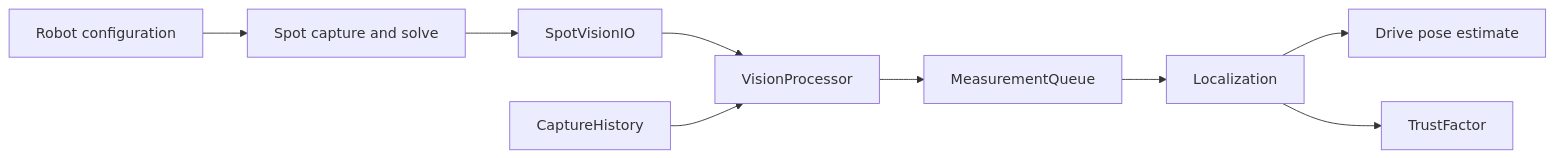
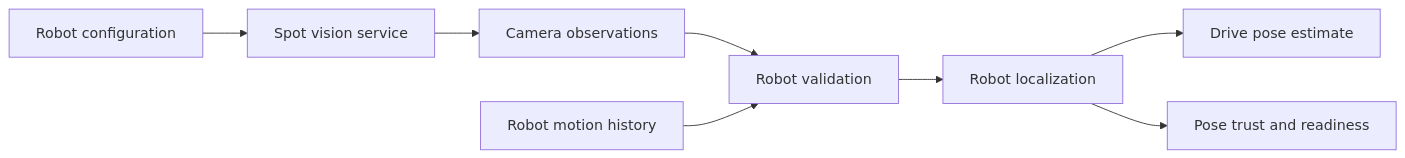
Before and after one commit to team581/offseason-2026: the diagram in docs/spot-robot-integration.md, drawn with Mermaid. The commit also changed other lines of this file and 94 other files, not shown here.

````diff
--- a/docs/spot-robot-integration.md
+++ b/docs/spot-robot-integration.md
@@ -10,11 +7,10 @@
 ```mermaid
 flowchart LR
-  Config[Robot configuration] --> Spot[Spot capture and solve]
-  Spot --> IO[SpotVisionIO]
-  IO --> Check[VisionProcessor]
-  History[CaptureHistory] --> Check
-  Check --> Queue[MeasurementQueue]
-  Queue --> Localization[Localization]
+  Config[Robot configuration] --> Spot[Spot vision service]
+  Spot --> Observations[Camera observations]
+  Observations --> Validation[Robot validation]
+  History[Robot motion history] --> Validation
+  Validation --> Localization[Robot localization]
   Localization --> Estimator[Drive pose estimate]
-  Localization --> Trust[TrustFactor]
+  Localization --> Readiness[Pose trust and readiness]
 ```
````
